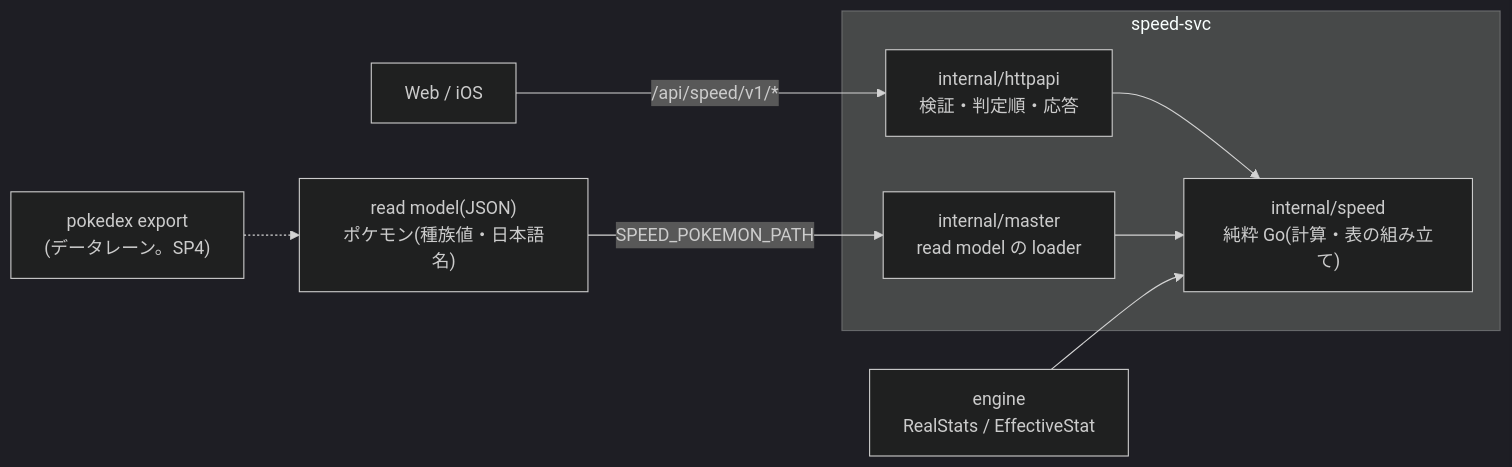
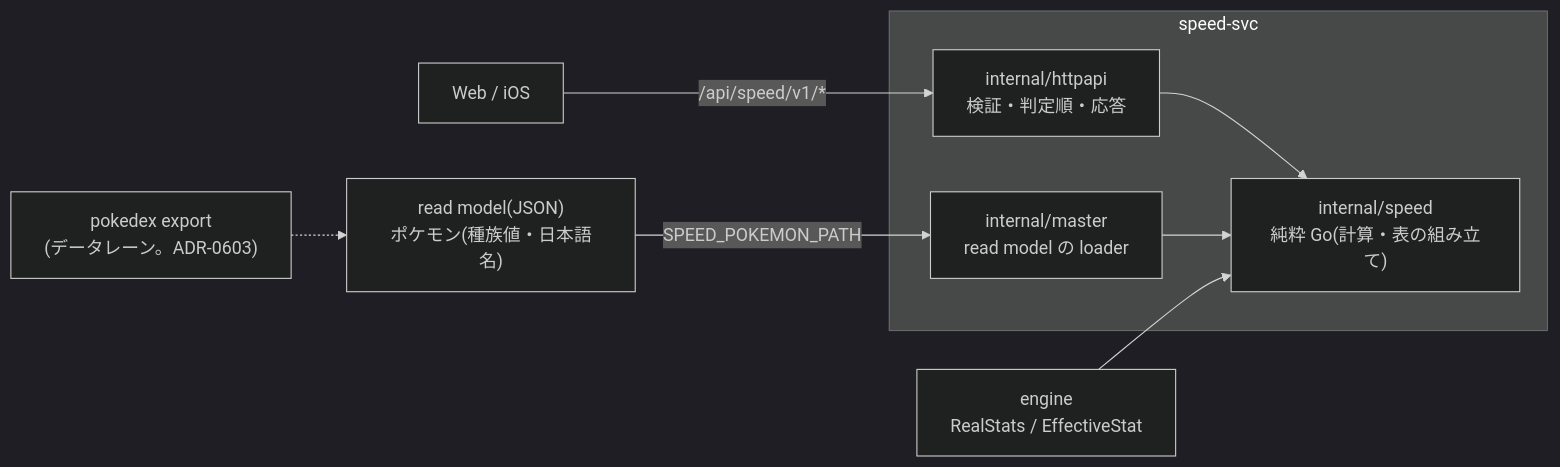
The diagram in services/speed/README.md (yxicun89/MyDamageCalcurater), drawn with Mermaid (dark theme) before and after one commit. The commit also changed 7 other files, not shown here.

````diff
--- a/services/speed/README.md
+++ b/services/speed/README.md
@@ -7,11 +7,11 @@
 ```mermaid
 flowchart LR
   Client["Web / iOS"] -->|"/api/speed/v1/*"| HTTP
   subgraph speed["speed-svc"]
     HTTP["internal/httpapi<br/>検証・判定順・応答"] --> Core["internal/speed<br/>純粋 Go(計算・表の組み立て)"]
     Master["internal/master<br/>read model の loader"] --> Core
   end
   Engine["engine<br/>RealStats / EffectiveStat"] --> Core
   RM["read model(JSON)<br/>ポケモン(種族値・日本語名)"] -->|"SPEED_POKEMON_PATH"| Master
-  Pokedex["pokedex export<br/>(データレーン。SP4)"] -.-> RM
+  Pokedex["pokedex export<br/>(データレーン。ADR-0603)"] -.-> RM
 ```
````
